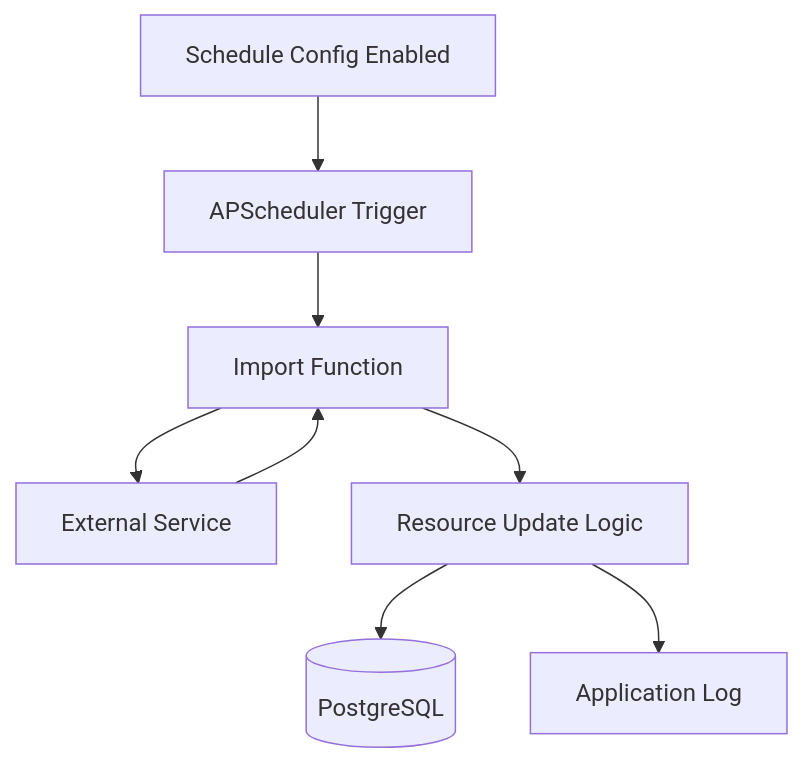
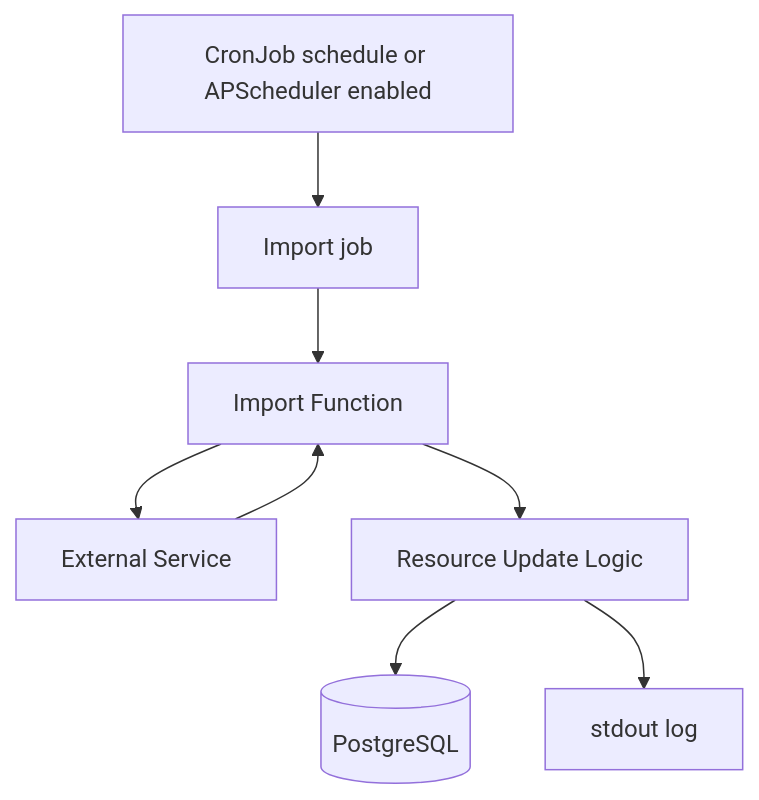
The fifth of 7 diagrams in diagrams.md (Maxcasa/bollettino_cfd_backend), drawn with Mermaid before and after one commit. The commit also changed other lines of this file and 5 other files, not shown here.

````diff
--- a/diagrams.md
+++ b/diagrams.md
@@ -78,10 +97,10 @@
 ```mermaid
 flowchart TD
-    CFG[Schedule Config Enabled] --> JOB[APScheduler Trigger]
+    CFG[CronJob schedule or APScheduler enabled] --> JOB[Import job]
     JOB --> IMP[Import Function]
     IMP --> EXT[External Service]
     EXT --> IMP
     IMP --> RES[Resource Update Logic]
     RES --> DB[(PostgreSQL)]
-    RES --> LOG[Application Log]
+    RES --> LOG[stdout log]
 ```
````
